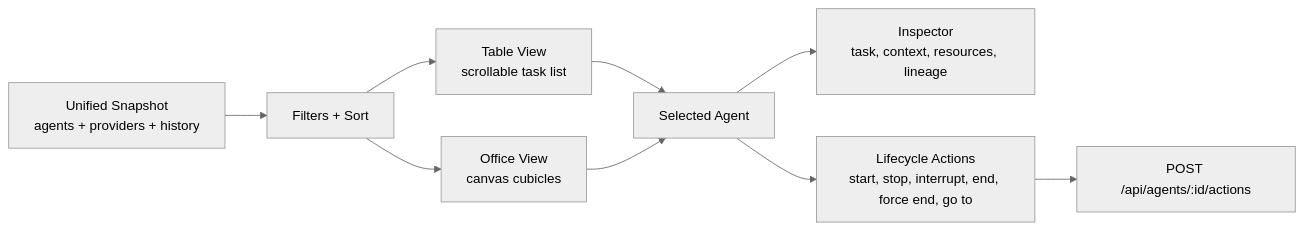
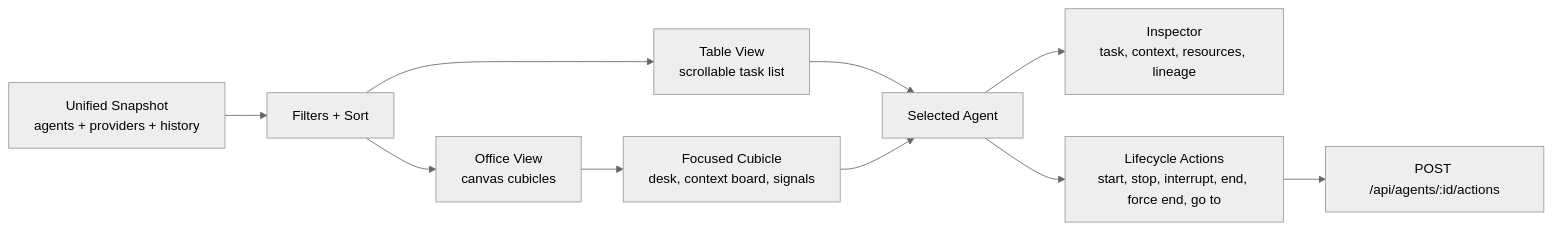
Before and after one commit to NTitterton/agent-monitor: the third of 4 diagrams in project_design.md, drawn with Mermaid (neutral theme). The commit also changed other lines of this file and 4 other files, not shown here.

Commit message:
Add focused office cubicle view

````diff
--- a/project_design.md
+++ b/project_design.md
@@ -145,11 +145,12 @@
 ```mermaid
 flowchart LR
     Snapshot["Unified Snapshot<br/>agents + providers + history"] --> Filters["Filters + Sort"]
     Filters --> Table["Table View<br/>scrollable task list"]
     Filters --> Office["Office View<br/>canvas cubicles"]
     Table --> Selection["Selected Agent"]
-    Office --> Selection
+    Office --> Focus["Focused Cubicle<br/>desk, context board, signals"]
+    Focus --> Selection
     Selection --> Inspector["Inspector<br/>task, context, resources, lineage"]
     Selection --> Actions["Lifecycle Actions<br/>start, stop, interrupt, end, force end, go to"]
     Actions --> API["POST /api/agents/:id/actions"]
 ```
````
